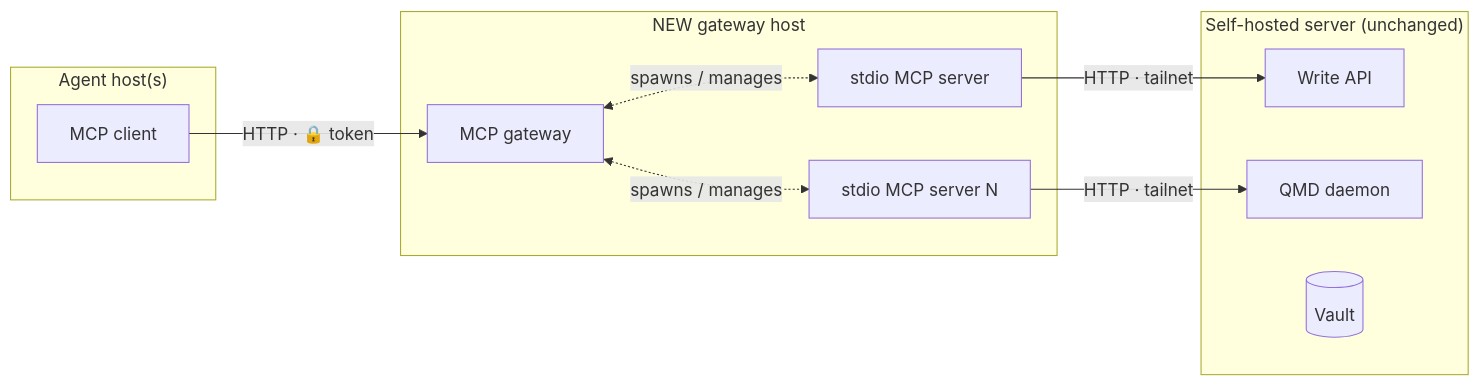
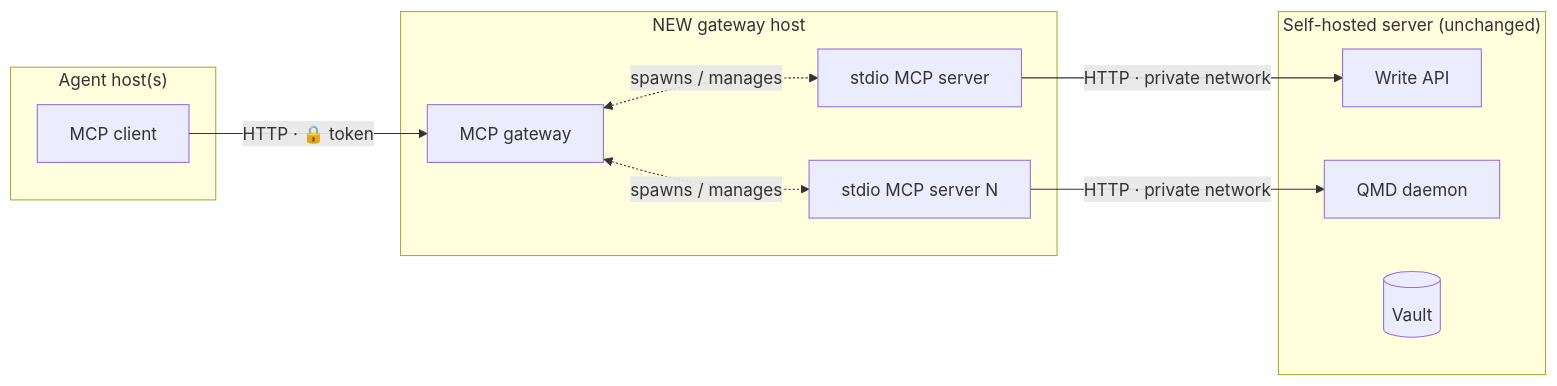
The third of 4 diagrams in docs/remote-mcp-deployment.md (leandroFernandez94/AMS), drawn with Mermaid before and after one commit. The commit also changed other lines of this file and 6 other files, not shown here.

First line of the commit message:
docs: genericize private-network framing and harden stdio guidance

````diff
--- a/docs/remote-mcp-deployment.md
+++ b/docs/remote-mcp-deployment.md
@@ -198,22 +198,22 @@
 ```mermaid
 flowchart LR
     subgraph agents["Agent host(s)"]
         client["MCP client"]
     end
     subgraph gwhost["NEW gateway host"]
         gateway["MCP gateway"]
         mcp1["stdio MCP server"]
         mcpN["stdio MCP server N"]
         gateway <-. "spawns / manages" .-> mcp1
         gateway <-. "spawns / manages" .-> mcpN
     end
     subgraph vaultbox["Self-hosted server (unchanged)"]
         api["Write API"]
         qmd["QMD daemon"]
         vault[("Vault")]
     end
 
     client -- "HTTP · 🔒 token" --> gateway
-    mcp1 -- "HTTP · tailnet" --> api
-    mcpN -- "HTTP · tailnet" --> qmd
+    mcp1 -- "HTTP · private network" --> api
+    mcpN -- "HTTP · private network" --> qmd
 ```
````
